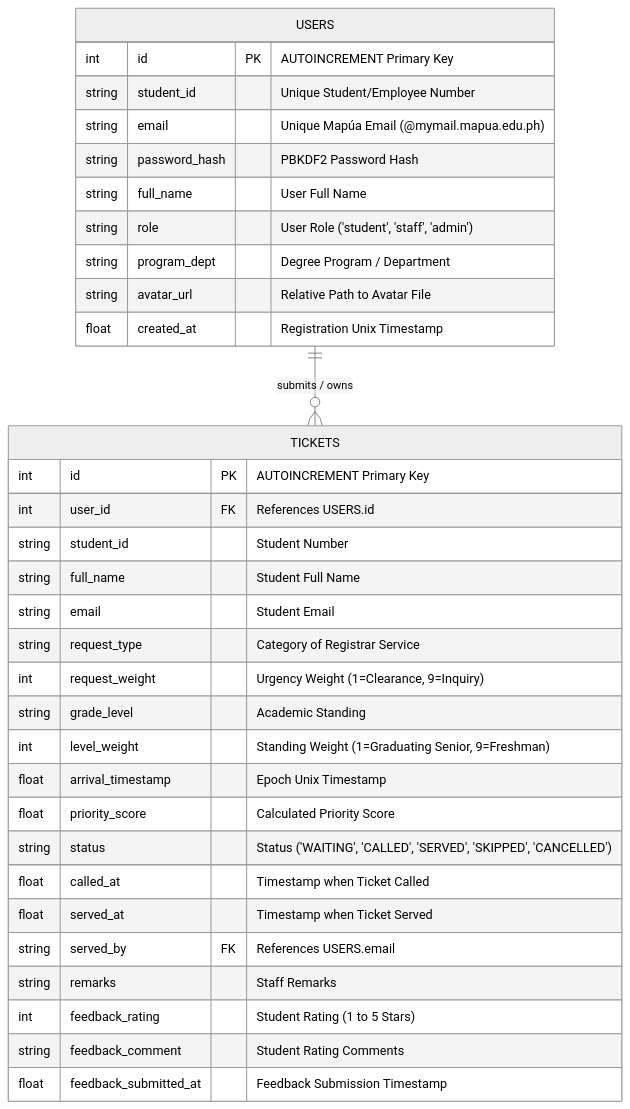
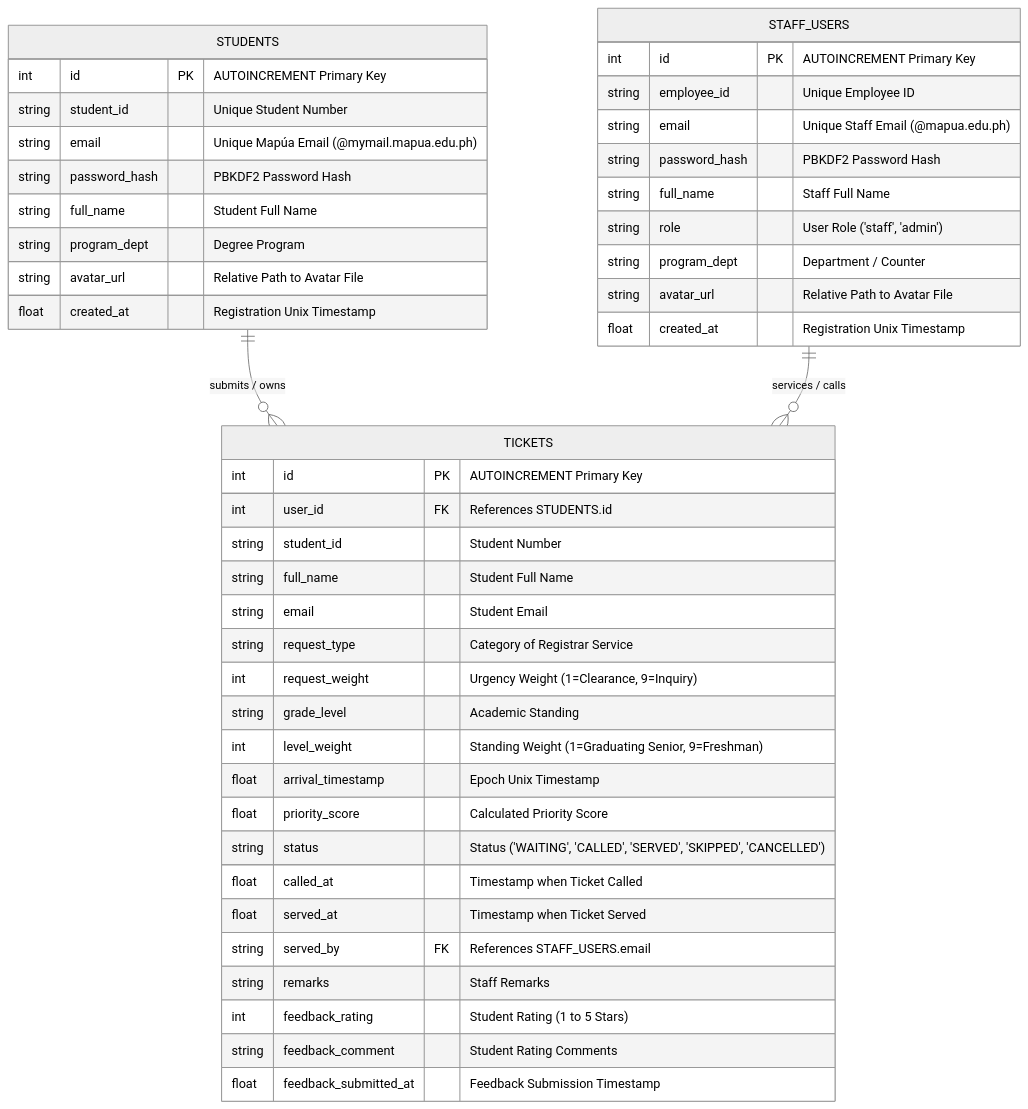
The fifth of 5 diagrams in PROPOSAL.md (justinovate/cpe106l-4_finalproject), drawn with Mermaid (neutral theme) before and after one commit. The commit also changed other lines of this file and 5 other files, not shown here.

Commit message:
Separate students and staff_users tables, add DELETE safety prompt for account removal, and purge default students

````diff
--- a/PROPOSAL.md
+++ b/PROPOSAL.md
@@ -333,37 +333,50 @@
 ```mermaid
 erDiagram
-    USERS ||--o{ TICKETS : "submits / owns"
-    USERS {
+    STUDENTS ||--o{ TICKETS : "submits / owns"
+    STAFF_USERS ||--o{ TICKETS : "services / calls"
+
+    STAFF_USERS {
         int id PK "AUTOINCREMENT Primary Key"
-        string student_id "Unique Student/Employee Number"
+        string employee_id "Unique Employee ID"
+        string email "Unique Staff Email (@mapua.edu.ph)"
+        string password_hash "PBKDF2 Password Hash"
+        string full_name "Staff Full Name"
+        string role "User Role ('staff', 'admin')"
+        string program_dept "Department / Counter"
+        string avatar_url "Relative Path to Avatar File"
+        float created_at "Registration Unix Timestamp"
+    }
+
+    STUDENTS {
+        int id PK "AUTOINCREMENT Primary Key"
+        string student_id "Unique Student Number"
         string email "Unique Mapúa Email (@mymail.mapua.edu.ph)"
         string password_hash "PBKDF2 Password Hash"
-        string full_name "User Full Name"
-        string role "User Role ('student', 'staff', 'admin')"
-        string program_dept "Degree Program / Department"
+        string full_name "Student Full Name"
+        string program_dept "Degree Program"
         string avatar_url "Relative Path to Avatar File"
         float created_at "Registration Unix Timestamp"
     }
 
     TICKETS {
         int id PK "AUTOINCREMENT Primary Key"
-        int user_id FK "References USERS.id"
+        int user_id FK "References STUDENTS.id"
         string student_id "Student Number"
         string full_name "Student Full Name"
         string email "Student Email"
         string request_type "Category of Registrar Service"
         int request_weight "Urgency Weight (1=Clearance, 9=Inquiry)"
         string grade_level "Academic Standing"
         int level_weight "Standing Weight (1=Graduating Senior, 9=Freshman)"
         float arrival_timestamp "Epoch Unix Timestamp"
         float priority_score "Calculated Priority Score"
         string status "Status ('WAITING', 'CALLED', 'SERVED', 'SKIPPED', 'CANCELLED')"
         float called_at "Timestamp when Ticket Called"
         float served_at "Timestamp when Ticket Served"
-        string served_by FK "References USERS.email"
+        string served_by FK "References STAFF_USERS.email"
         string remarks "Staff Remarks"
         int feedback_rating "Student Rating (1 to 5 Stars)"
         string feedback_comment "Student Rating Comments"
         float feedback_submitted_at "Feedback Submission Timestamp"
     }
 ```
````
